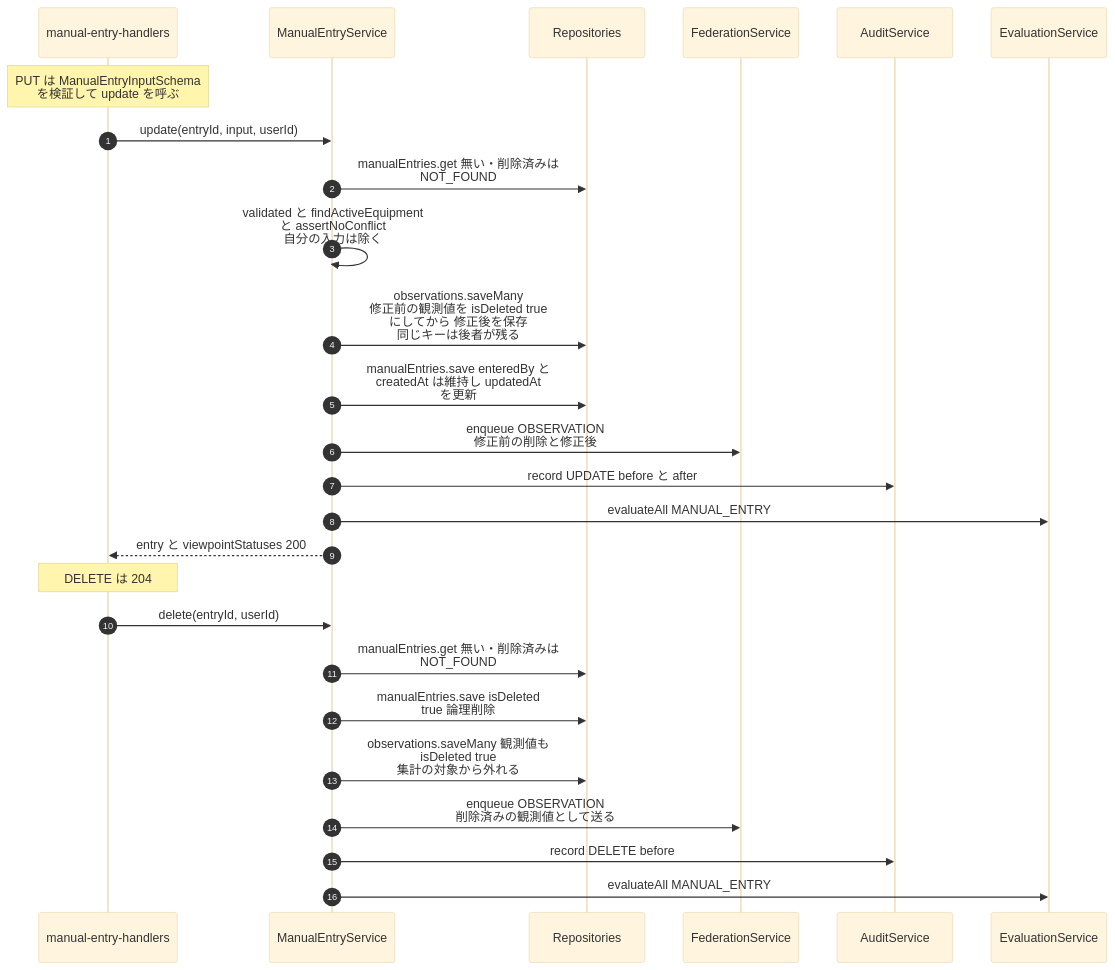
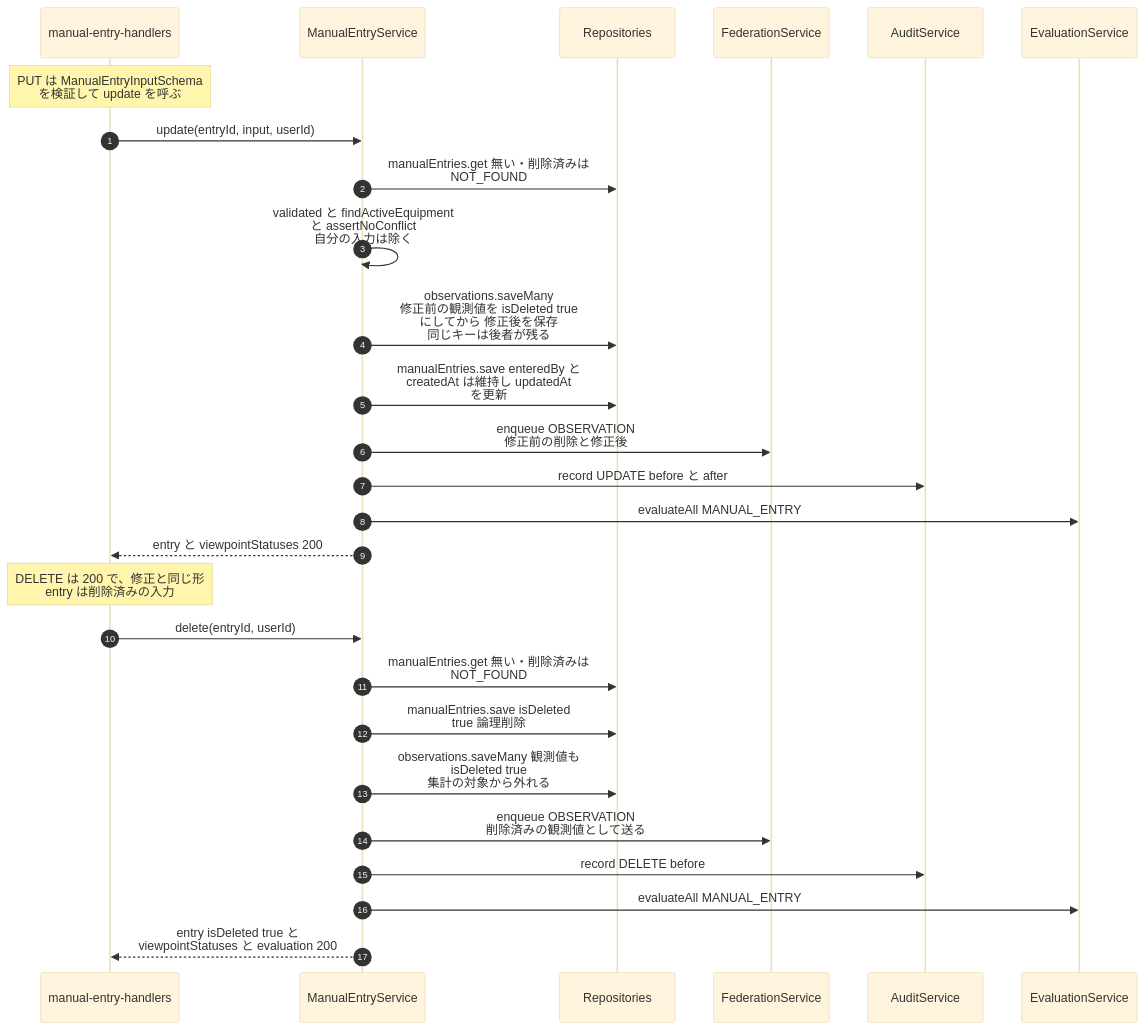
Before and after one commit to NS-APU/smart-farm-monitoring: diagram 16 of 46 in docs/10_design/architecture/as-built.md, drawn with Mermaid (base theme). The commit also changed 6 other files, not shown here.

````diff
--- a/docs/10_design/architecture/as-built.md
+++ b/docs/10_design/architecture/as-built.md
@@ -1385,30 +1385,31 @@
 ```mermaid
 sequenceDiagram
   autonumber
   participant H as manual-entry-handlers
   participant MS as ManualEntryService
   participant REP as Repositories
   participant FS as FederationService
   participant AU as AuditService
   participant EV as EvaluationService
 
   Note over H: PUT は ManualEntryInputSchema<br>を検証して update を呼ぶ
   H->>MS: update(entryId, input, userId)
   MS->>REP: manualEntries.get 無い・削除済みは<br>NOT_FOUND
   MS->>MS: validated と findActiveEquipment<br>と assertNoConflict<br>自分の入力は除く
   MS->>REP: observations.saveMany<br>修正前の観測値を isDeleted true<br>にしてから 修正後を保存<br>同じキーは後者が残る
   MS->>REP: manualEntries.save enteredBy と<br>createdAt は維持し updatedAt<br>を更新
   MS->>FS: enqueue OBSERVATION<br>修正前の削除と修正後
   MS->>AU: record UPDATE before と after
   MS->>EV: evaluateAll MANUAL_ENTRY
   MS-->>H: entry と viewpointStatuses 200
 
-  Note over H: DELETE は 204
+  Note over H: DELETE は 200 で、修正と同じ形<br>entry は削除済みの入力 #150
   H->>MS: delete(entryId, userId)
   MS->>REP: manualEntries.get 無い・削除済みは<br>NOT_FOUND
   MS->>REP: manualEntries.save isDeleted<br>true 論理削除
   MS->>REP: observations.saveMany 観測値も<br>isDeleted true<br>集計の対象から外れる
   MS->>FS: enqueue OBSERVATION<br>削除済みの観測値として送る
   MS->>AU: record DELETE before
   MS->>EV: evaluateAll MANUAL_ENTRY
+  MS-->>H: entry isDeleted true と<br>viewpointStatuses と evaluation 200
 ```
````
